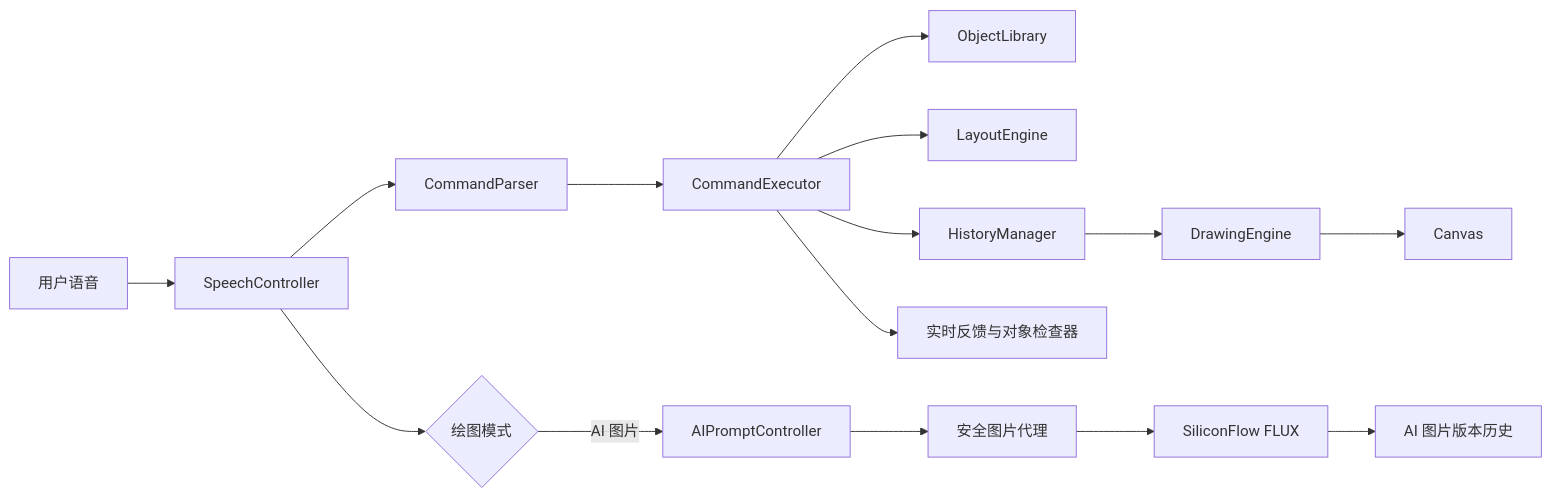
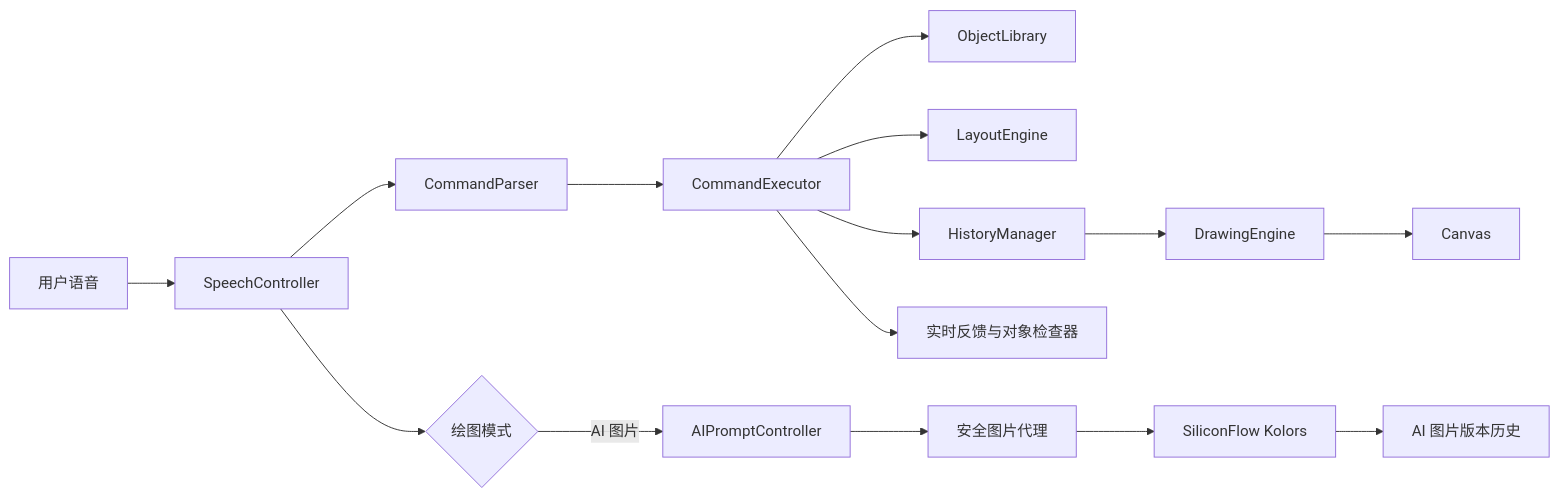
Before and after one commit to LazyQ0130/VoiceCanvas-AI: the diagram in DESIGN.md, drawn with Mermaid. The commit also changed other lines of this file and 9 other files, not shown here.

````diff
--- a/DESIGN.md
+++ b/DESIGN.md
@@ -24,17 +24,17 @@
 ```mermaid
 flowchart LR
   U[用户语音] --> S[SpeechController]
   S --> P[CommandParser]
   P --> E[CommandExecutor]
   E --> O[ObjectLibrary]
   E --> L[LayoutEngine]
   E --> H[HistoryManager]
   H --> D[DrawingEngine]
   D --> C[Canvas]
   E --> UI[实时反馈与对象检查器]
   S --> M{绘图模式}
   M -->|AI 图片| AP[AIPromptController]
   AP --> API[安全图片代理]
-  API --> SF[SiliconFlow FLUX]
+  API --> SF[SiliconFlow Kolors]
   SF --> AH[AI 图片版本历史]
 ```
````
